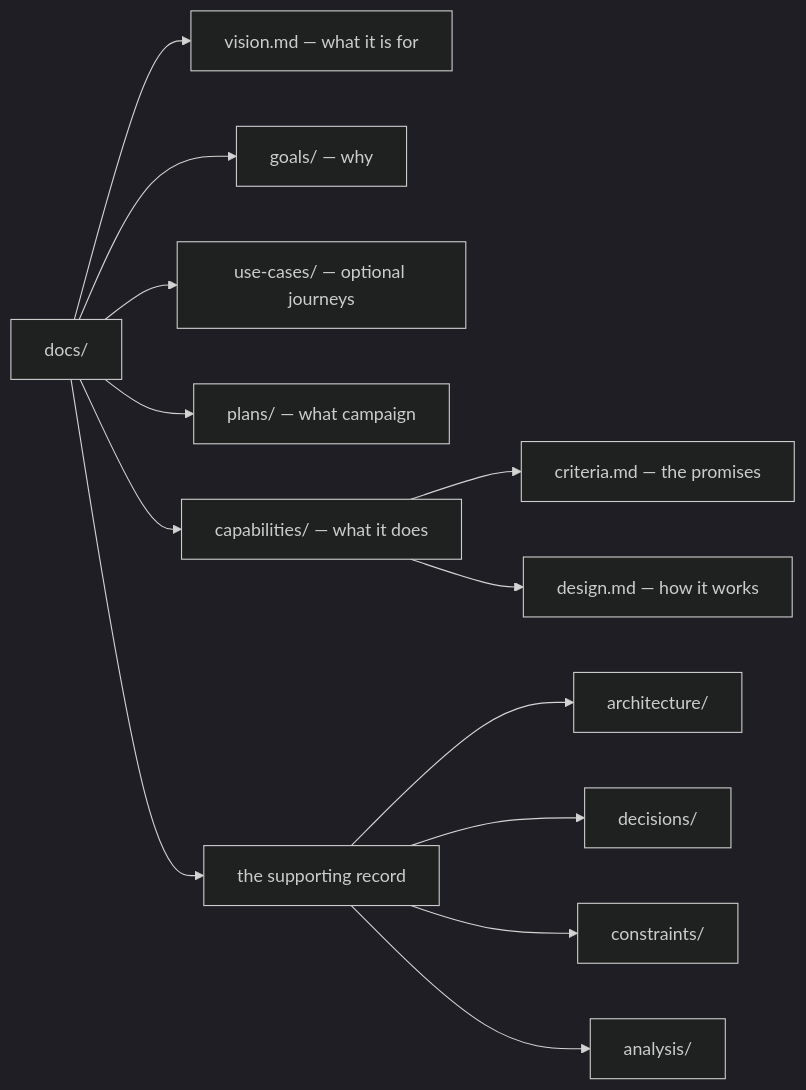
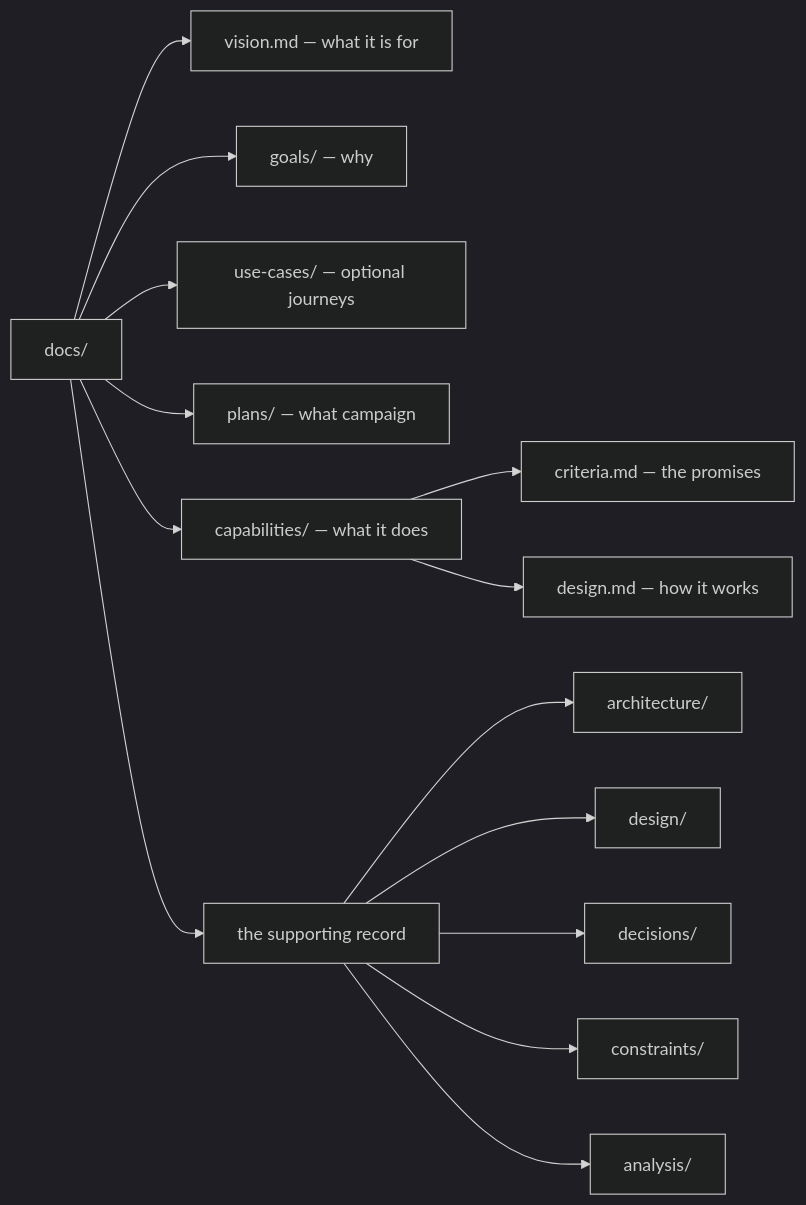
One commit to cliewen/cliewen changed the diagram in guide/corpus.md. Above: the diagram before and after it, drawn with Mermaid (dark theme). The commit also changed other lines of this file and 9 other files, not shown here.

````diff
--- a/guide/corpus.md
+++ b/guide/corpus.md
@@ -7,15 +9,16 @@
 ```mermaid
 graph LR
   D["docs/"] --> V["vision.md — what it is for"]
   D --> G["goals/ — why"]
   D --> U["use-cases/ — optional journeys"]
   D --> P["plans/ — what campaign"]
   D --> C["capabilities/ — what it does"]
   D --> S["the supporting record"]
   C --> CR["criteria.md — the promises"]
   C --> DS["design.md — how it works"]
   S --> A["architecture/"]
-  S --> DE["decisions/"]
+  S --> DE["design/"]
+  S --> DC["decisions/"]
   S --> CO["constraints/"]
   S --> AN["analysis/"]
 ```
````
